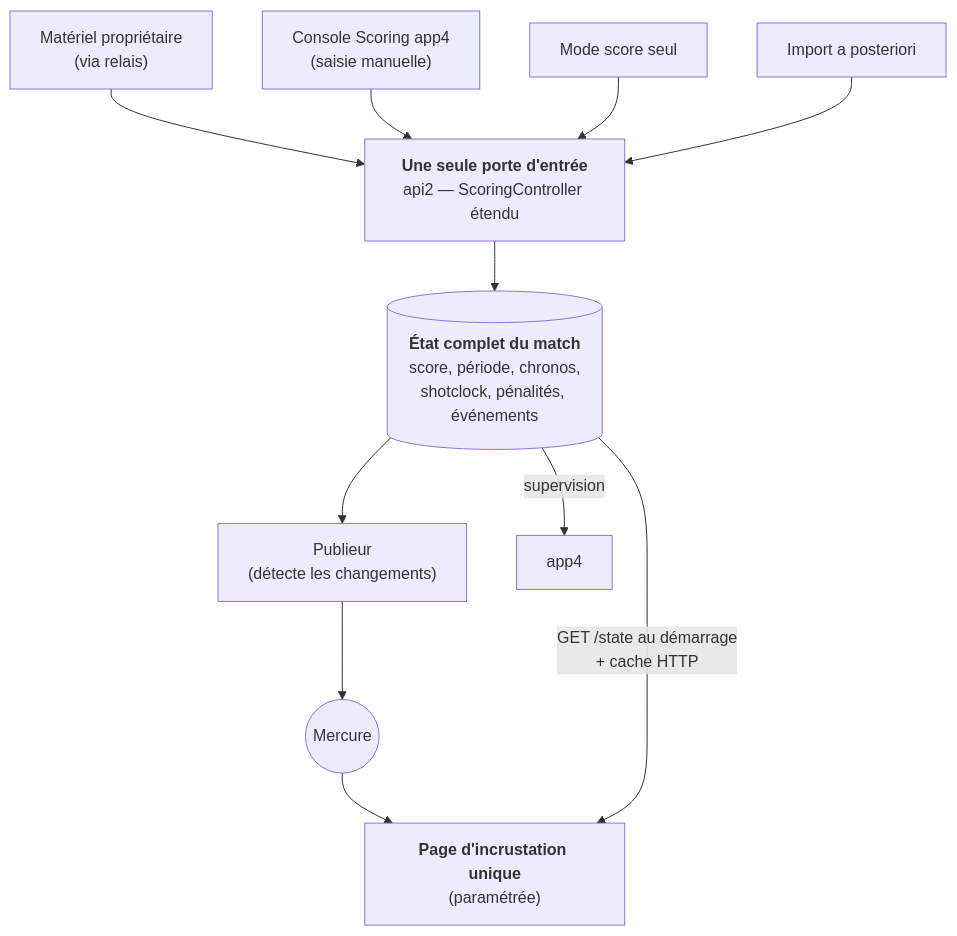
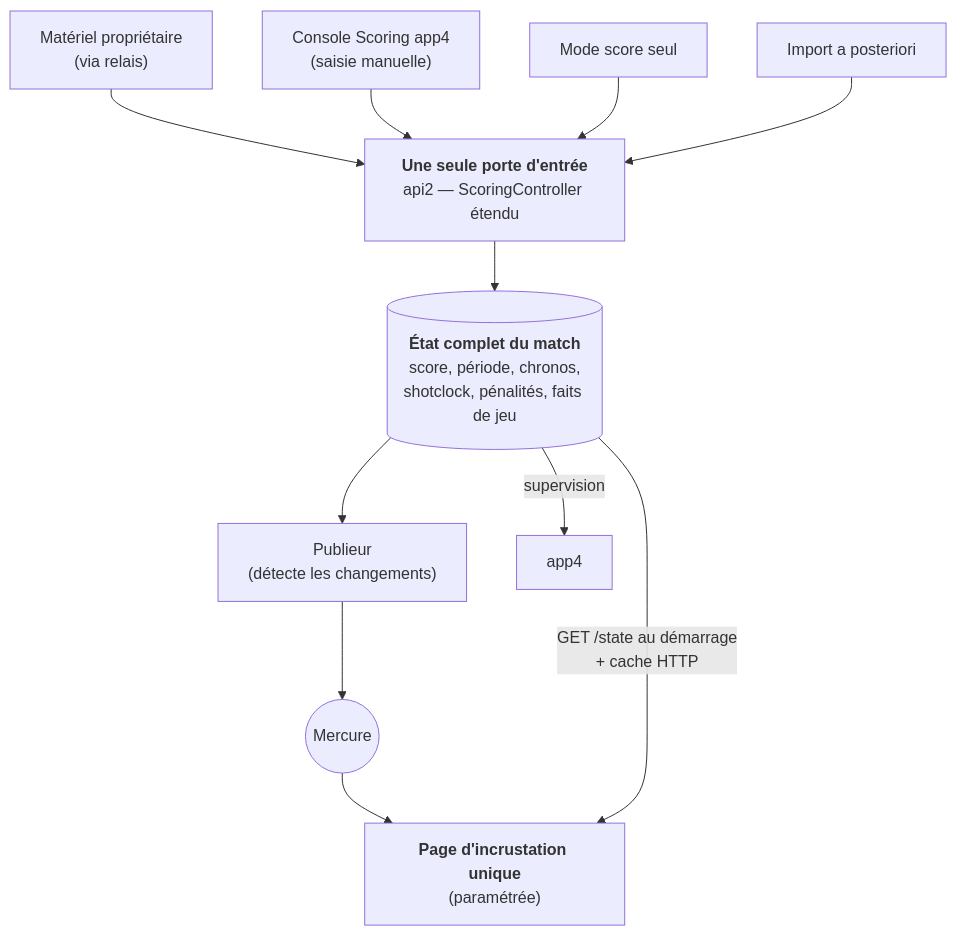
The diagram in DOC/developer/reference/LIVE_MATCH_SCORING_REFACTORING_PROPOSALS.md (laurentgarrigue/kpi), drawn with Mermaid before and after one commit. The commit also changed other lines of this file and 4 other files, not shown here.

````diff
--- a/DOC/developer/reference/LIVE_MATCH_SCORING_REFACTORING_PROPOSALS.md
+++ b/DOC/developer/reference/LIVE_MATCH_SCORING_REFACTORING_PROPOSALS.md
@@ -89,15 +101,15 @@
 ```mermaid
 flowchart TB
     HW["Matériel propriétaire<br/>(via relais)"] --> ING
     MAN["Console Scoring app4<br/>(saisie manuelle)"] --> ING
     SCO["Mode score seul"] --> ING
     IMP["Import a posteriori"] --> ING
 
-    ING["<b>Une seule porte d'entrée</b><br/>api2 — ScoringController étendu"] --> DB[("<b>État complet du match</b><br/>score, période, chronos,<br/>shotclock, pénalités, événements")]
+    ING["<b>Une seule porte d'entrée</b><br/>api2 — ScoringController étendu"] --> DB[("<b>État complet du match</b><br/>score, période, chronos,<br/>shotclock, pénalités, faits de jeu")]
 
     DB --> PUB["Publieur<br/>(détecte les changements)"]
     PUB --> MER(("Mercure"))
     MER --> INC["<b>Page d'incrustation unique</b><br/>(paramétrée)"]
     DB -->|GET /state au démarrage<br/>+ cache HTTP| INC
     DB -->|supervision| APP4["app4"]
 ```
````
